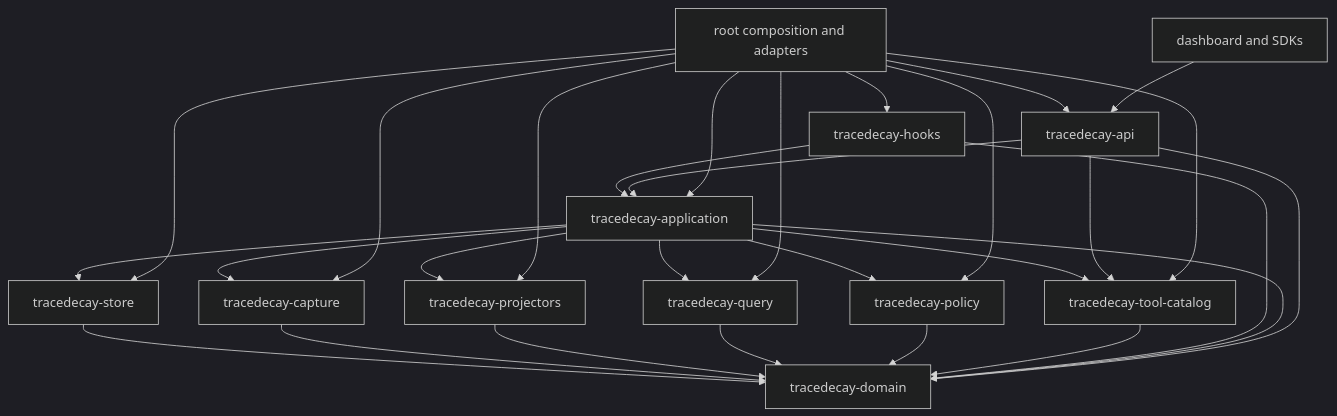
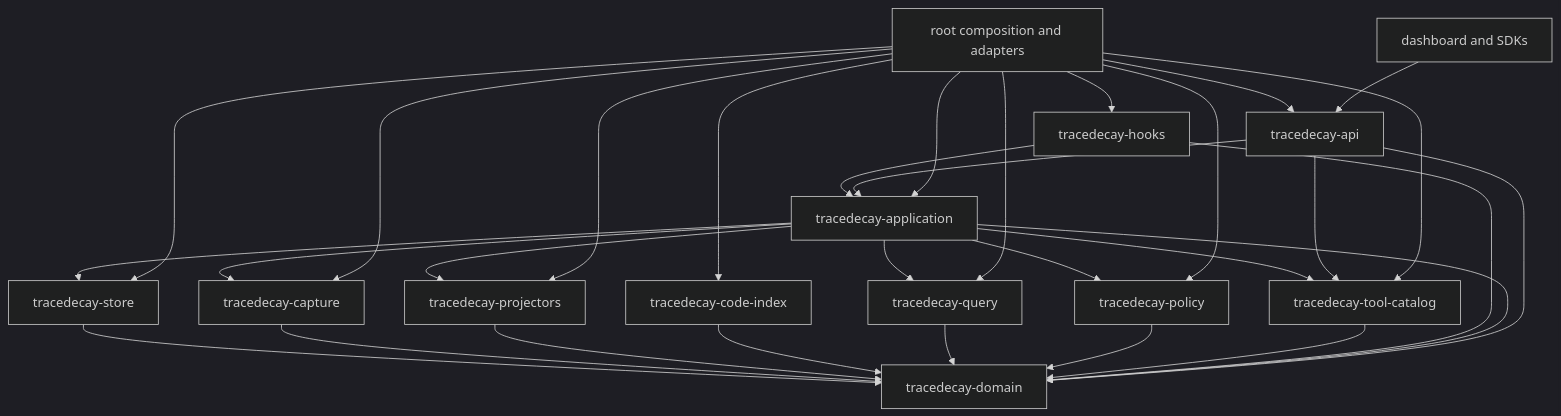
The diagram in docs/superpowers/plans/tracedecay-v2/19-system-defragmentation-convergence-and-extensibility.md (ScriptedAlchemy/tracedecay), drawn with Mermaid (dark theme) before and after one commit. The commit also changed other lines of this file and 6 other files, not shown here.

````diff
--- a/docs/superpowers/plans/tracedecay-v2/19-system-defragmentation-convergence-and-extensibility.md
+++ b/docs/superpowers/plans/tracedecay-v2/19-system-defragmentation-convergence-and-extensibility.md
@@ -298,32 +299,34 @@
 ```mermaid
 flowchart TD
     D["tracedecay-domain"]
     S["tracedecay-store"] --> D
     C["tracedecay-capture"] --> D
     J["tracedecay-projectors"] --> D
+    CI["tracedecay-code-index"] --> D
     Q["tracedecay-query"] --> D
     P["tracedecay-policy"] --> D
     T["tracedecay-tool-catalog"] --> D
     H["tracedecay-hooks"] --> D
     A["tracedecay-application"] --> D
     A --> S
     A --> C
     A --> J
     A --> Q
     A --> P
     A --> T
     H --> A
     API["tracedecay-api"] --> A
     API --> D
     API --> T
     R["root composition and adapters"] --> A
     R --> API
     R --> S
     R --> C
     R --> J
+    R --> CI
     R --> Q
     R --> P
     R --> H
     R --> T
     UI["dashboard and SDKs"] --> API
 ```
````
